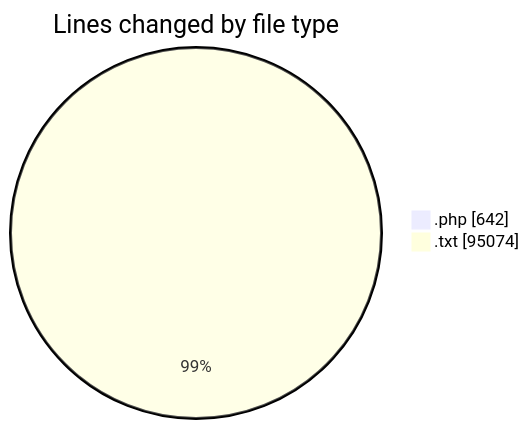
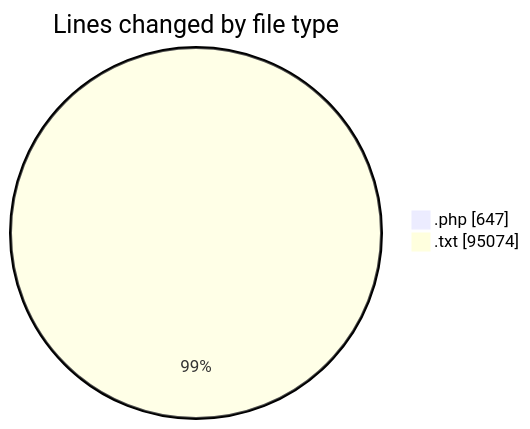
The first of 2 diagrams in 2026-02-09/enviarfacturas/README.md (LanceThiago/code-tracking), drawn with Mermaid before and after one commit. The commit also changed other lines of this file and 1 other file, not shown here.

````diff
--- a/2026-02-09/enviarfacturas/README.md
+++ b/2026-02-09/enviarfacturas/README.md
@@ -25,6 +25,6 @@
 ```mermaid
 pie showData
 title Lines changed by file type
-".php" : 642
+".php" : 647
 ".txt" : 95074
 ```
````
